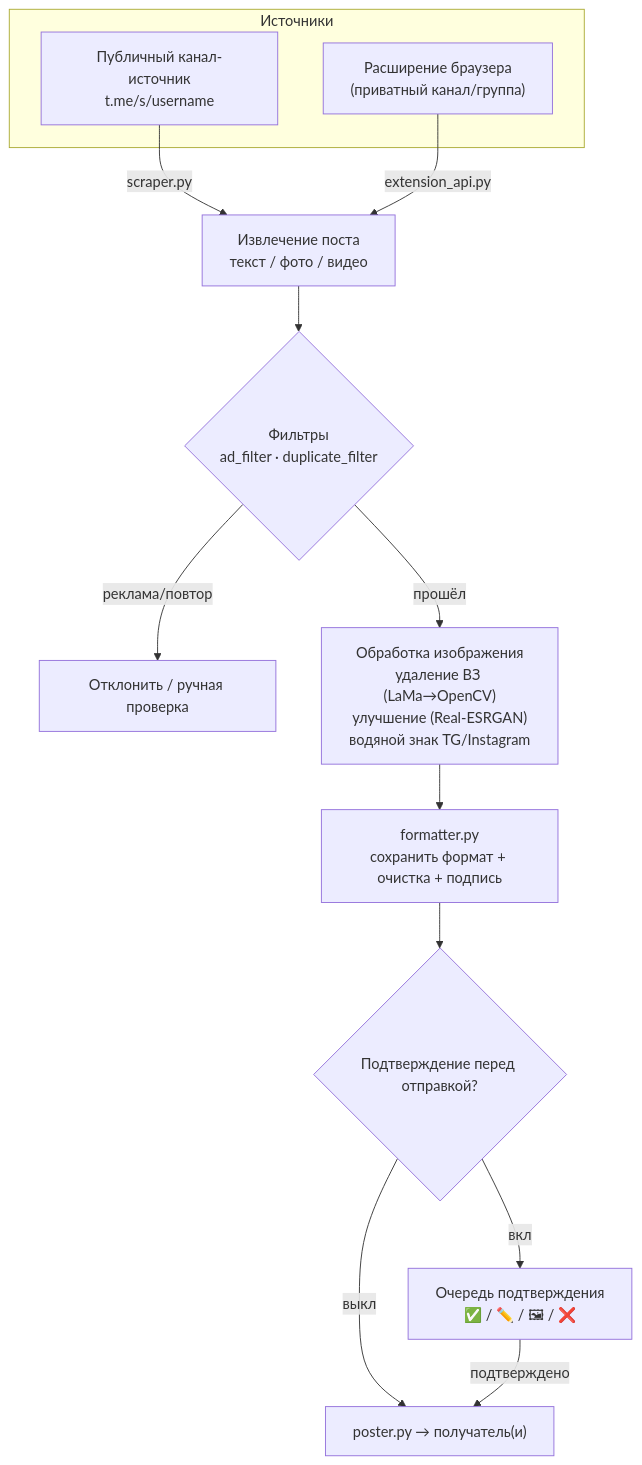
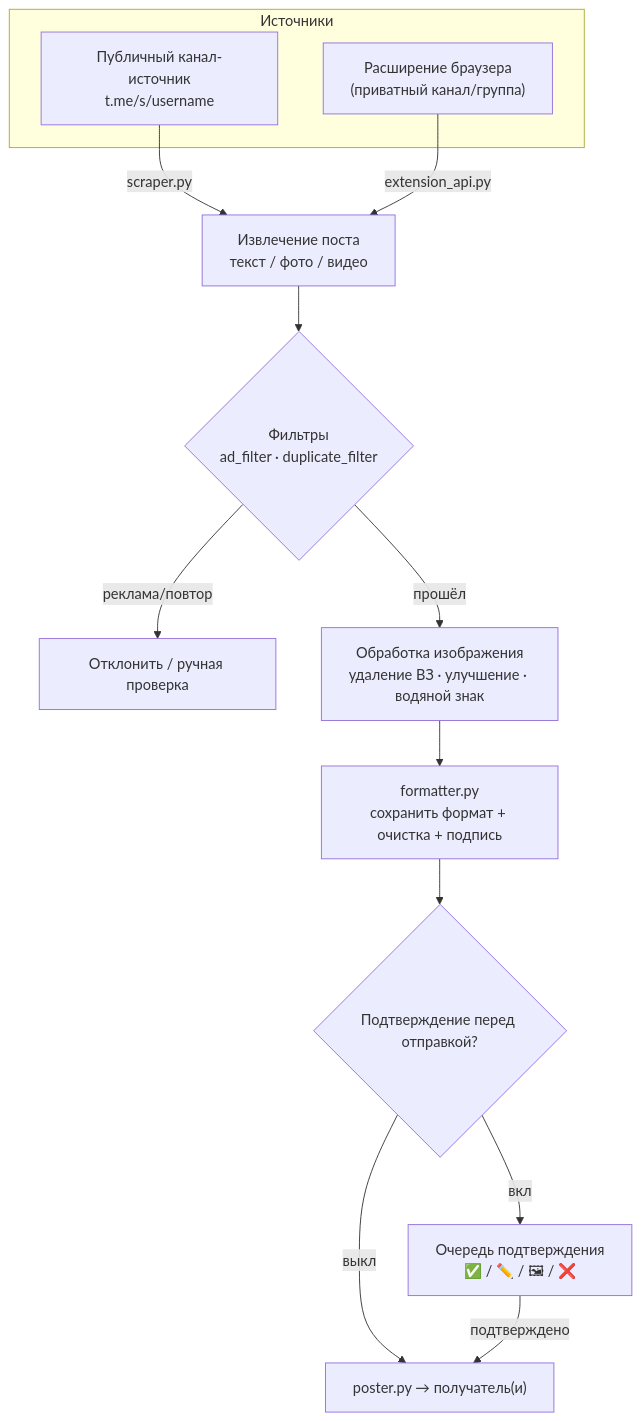
Before and after one commit to LiQTeam/telegram-repost: the diagram in README.ru_RU.md, drawn with Mermaid. The commit also changed other lines of this file and 7 other files, not shown here.

````diff
--- a/README.ru_RU.md
+++ b/README.ru_RU.md
@@ -129,17 +128,17 @@
 ```mermaid
 flowchart TD
     subgraph SRC["Источники"]
         A["Публичный канал-источник<br/>t.me/s/username"]
         EXT["Расширение браузера<br/>(приватный канал/группа)"]
     end
     A -->|scraper.py| P["Извлечение поста<br/>текст / фото / видео"]
     EXT -->|extension_api.py| P
     P --> F{"Фильтры<br/>ad_filter · duplicate_filter"}
     F -->|реклама/повтор| X["Отклонить / ручная проверка"]
-    F -->|прошёл| IMG["Обработка изображения<br/>удаление ВЗ (LaMa→OpenCV)<br/>улучшение (Real-ESRGAN)<br/>водяной знак TG/Instagram"]
+    F -->|прошёл| IMG["Обработка изображения<br/>удаление ВЗ · улучшение · водяной знак"]
     IMG --> FMT["formatter.py<br/>сохранить формат + очистка + подпись"]
     FMT --> Q{"Подтверждение перед отправкой?"}
     Q -->|вкл| REV["Очередь подтверждения<br/>✅ / ✏️ / 🖼 / ❌"]
     Q -->|выкл| OUT["poster.py → получатель(и)"]
     REV -->|подтверждено| OUT
 ```
````
